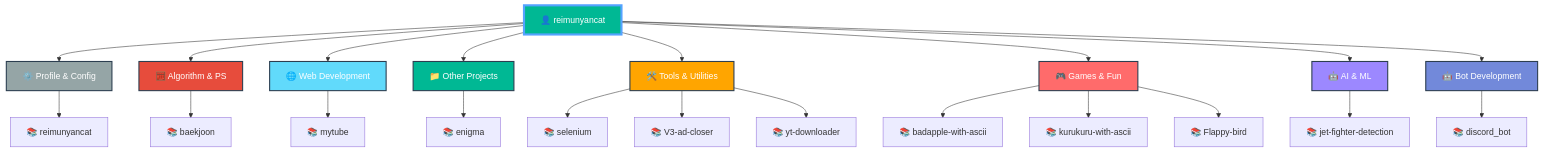
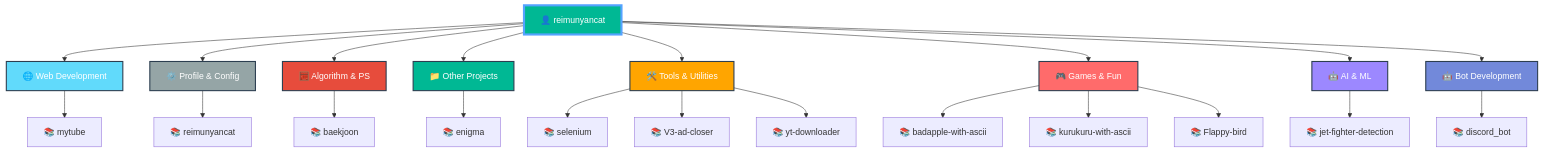
One commit to reimunyancat/reimunyancat changed the diagram in README.md. Above: the diagram before and after it, drawn with Mermaid. The commit also changed other lines of this file, not shown here.

Commit message:
🤖 Auto-update README with latest repositories

````diff
--- a/README.md
+++ b/README.md
@@ -159,42 +159,42 @@
 ```mermaid
 graph TD
   A[👤 reimunyancat]
 
-  A --> CAT0[⚙️ Profile & Config]
-  CAT0 --> CAT0_0[📚 reimunyancat]
+  A --> CAT0[🌐 Web Development]
+  CAT0 --> CAT0_0[📚 mytube]
 
-  A --> CAT1[🧮 Algorithm & PS]
-  CAT1 --> CAT1_0[📚 baekjoon]
+  A --> CAT1[⚙️ Profile & Config]
+  CAT1 --> CAT1_0[📚 reimunyancat]
 
-  A --> CAT2[🌐 Web Development]
-  CAT2 --> CAT2_0[📚 mytube]
+  A --> CAT2[🧮 Algorithm & PS]
+  CAT2 --> CAT2_0[📚 baekjoon]
 
   A --> CAT3[📁 Other Projects]
   CAT3 --> CAT3_0[📚 enigma]
 
   A --> CAT4[🛠️ Tools & Utilities]
   CAT4 --> CAT4_0[📚 selenium]
   CAT4 --> CAT4_1[📚 V3-ad-closer]
   CAT4 --> CAT4_2[📚 yt-downloader]
 
   A --> CAT5[🎮 Games & Fun]
   CAT5 --> CAT5_0[📚 badapple-with-ascii]
   CAT5 --> CAT5_1[📚 kurukuru-with-ascii]
   CAT5 --> CAT5_2[📚 Flappy-bird]
 
   A --> CAT6[🤖 AI & ML]
   CAT6 --> CAT6_0[📚 jet-fighter-detection]
 
   A --> CAT7[🤖 Bot Development]
   CAT7 --> CAT7_0[📚 discord_bot]
 
   style A fill:#00b894,stroke:#55a3ff,stroke-width:4px,color:#fff
-  style CAT0 fill:#95a5a6,stroke:#2c3e50,stroke-width:2px,color:#fff
-  style CAT1 fill:#e74c3c,stroke:#2c3e50,stroke-width:2px,color:#fff
-  style CAT2 fill:#61dafb,stroke:#2c3e50,stroke-width:2px,color:#fff
+  style CAT0 fill:#61dafb,stroke:#2c3e50,stroke-width:2px,color:#fff
+  style CAT1 fill:#95a5a6,stroke:#2c3e50,stroke-width:2px,color:#fff
+  style CAT2 fill:#e74c3c,stroke:#2c3e50,stroke-width:2px,color:#fff
   style CAT3 fill:#00b894,stroke:#2c3e50,stroke-width:2px,color:#fff
   style CAT4 fill:#ffa500,stroke:#2c3e50,stroke-width:2px,color:#fff
   style CAT5 fill:#ff6b6b,stroke:#2c3e50,stroke-width:2px,color:#fff
   style CAT6 fill:#9c88ff,stroke:#2c3e50,stroke-width:2px,color:#fff
   style CAT7 fill:#7289da,stroke:#2c3e50,stroke-width:2px,color:#fff
 ```
````
